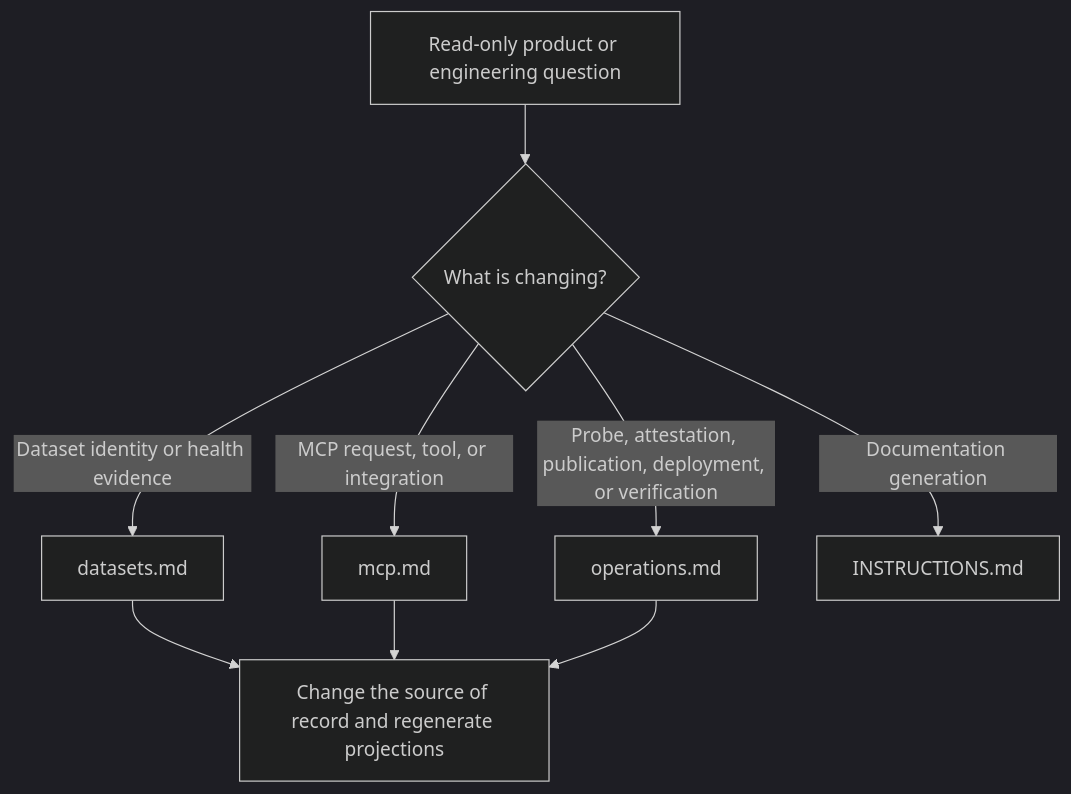
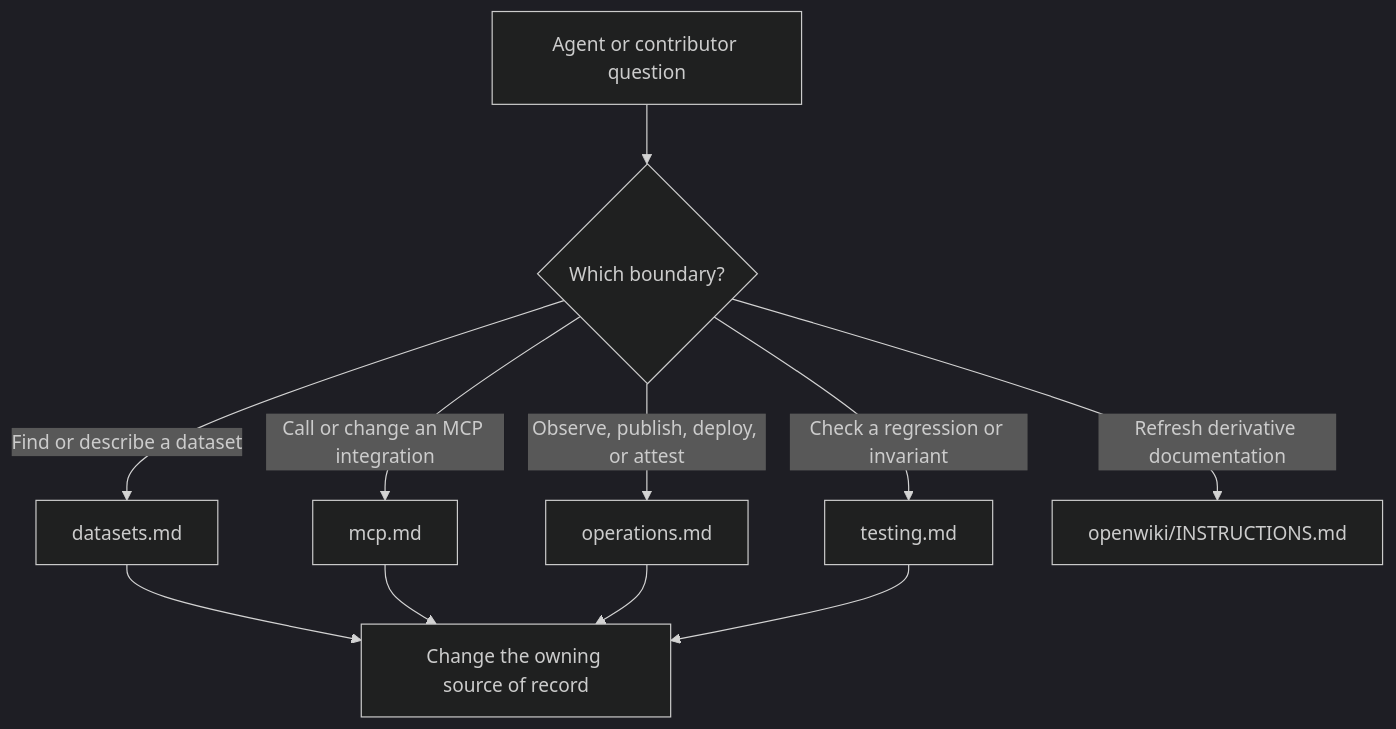
Before and after one commit to r3dz4r/datapulse-my: the diagram in openwiki/quickstart.md, drawn with Mermaid (dark theme). The commit also changed other lines of this file and 4 other files, not shown here.

Commit message:
docs: refresh OpenWiki derivative documentation

````diff
--- a/openwiki/quickstart.md
+++ b/openwiki/quickstart.md
@@ -40,11 +66,13 @@
 ```mermaid
 flowchart TD
-    A["Read-only product or engineering question"] --> B{"What is changing?"}
-    B -->|"Dataset identity or health evidence"| D["datasets.md"]
-    B -->|"MCP request, tool, or integration"| M["mcp.md"]
-    B -->|"Probe, attestation, publication, deployment, or verification"| O["operations.md"]
-    B -->|"Documentation generation"| I["INSTRUCTIONS.md"]
-    D --> R["Change the source of record and regenerate projections"]
-    M --> R
-    O --> R
+    A["Agent or contributor question"] --> B{"Which boundary?"}
+    B -->|"Find or describe a dataset"| D["datasets.md"]
+    B -->|"Call or change an MCP integration"| M["mcp.md"]
+    B -->|"Observe, publish, deploy, or attest"| O["operations.md"]
+    B -->|"Check a regression or invariant"| T["testing.md"]
+    B -->|"Refresh derivative documentation"| W["openwiki/INSTRUCTIONS.md"]
+    D --> S["Change the owning source of record"]
+    M --> S
+    O --> S
+    T --> S
 ```
````
